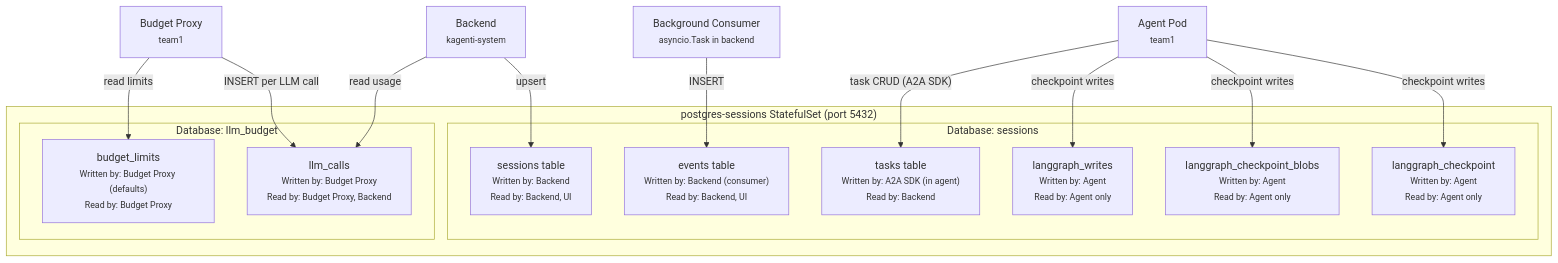
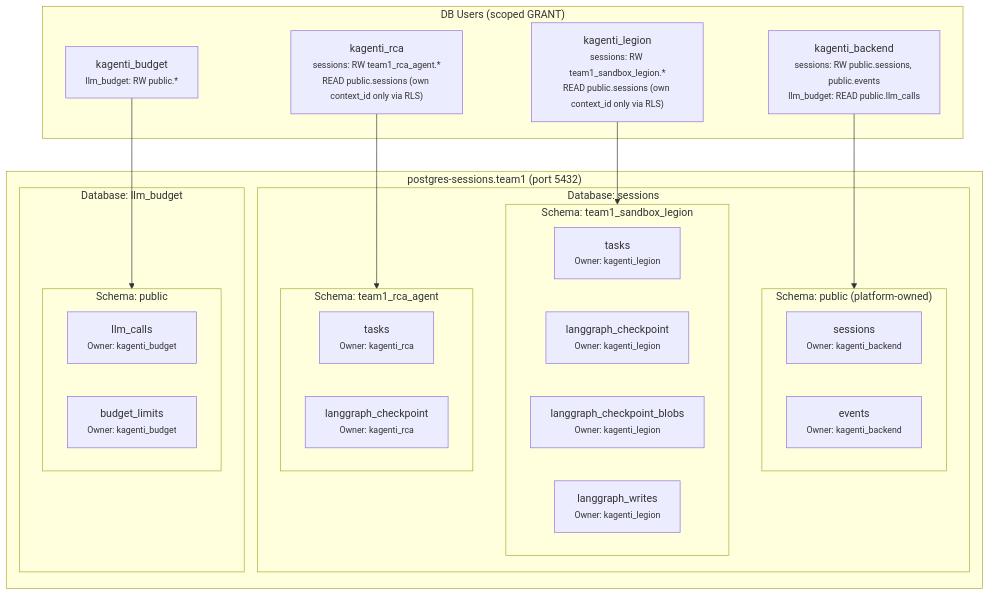
The fourth of 10 diagrams in docs/agentic-runtime/operator-alignment.md (kagenti/kagenti), drawn with Mermaid before and after one commit. The commit also changed other lines of this file, not shown here.

First line of the commit message:
docs: add DB schema isolation model with naming conventions

````diff
--- a/docs/agentic-runtime/operator-alignment.md
+++ b/docs/agentic-runtime/operator-alignment.md
@@ -121,31 +167,42 @@
 ```mermaid
 flowchart TB
-    subgraph pg["postgres-sessions StatefulSet (port 5432)"]
-        subgraph sessions_db["Database: sessions"]
-            T_sessions["sessions table<br/><small>Written by: Backend<br/>Read by: Backend, UI</small>"]
-            T_events["events table<br/><small>Written by: Backend (consumer)<br/>Read by: Backend, UI</small>"]
-            T_tasks["tasks table<br/><small>Written by: A2A SDK (in agent)<br/>Read by: Backend</small>"]
-            T_ckpt["langgraph_checkpoint<br/><small>Written by: Agent<br/>Read by: Agent only</small>"]
-            T_blobs["langgraph_checkpoint_blobs<br/><small>Written by: Agent<br/>Read by: Agent only</small>"]
-            T_writes["langgraph_writes<br/><small>Written by: Agent<br/>Read by: Agent only</small>"]
+    subgraph pg2["postgres-sessions.team1 (port 5432)"]
+        subgraph sessions_db2["Database: sessions"]
+            subgraph schema_shared["Schema: public (platform-owned)"]
+                S_sessions["sessions<br/><small>Owner: kagenti_backend</small>"]
+                S_events["events<br/><small>Owner: kagenti_backend</small>"]
+            end
+
+            subgraph schema_legion["Schema: team1_sandbox_legion"]
+                L_tasks["tasks<br/><small>Owner: kagenti_legion</small>"]
+                L_ckpt["langgraph_checkpoint<br/><small>Owner: kagenti_legion</small>"]
+                L_blobs["langgraph_checkpoint_blobs<br/><small>Owner: kagenti_legion</small>"]
+                L_writes["langgraph_writes<br/><small>Owner: kagenti_legion</small>"]
+            end
+
+            subgraph schema_rca["Schema: team1_rca_agent"]
+                R_tasks["tasks<br/><small>Owner: kagenti_rca</small>"]
+                R_ckpt["langgraph_checkpoint<br/><small>Owner: kagenti_rca</small>"]
+            end
         end
 
-        subgraph budget_db["Database: llm_budget"]
-            T_calls["llm_calls<br/><small>Written by: Budget Proxy<br/>Read by: Budget Proxy, Backend</small>"]
-            T_limits["budget_limits<br/><small>Written by: Budget Proxy (defaults)<br/>Read by: Budget Proxy</small>"]
+        subgraph budget_db2["Database: llm_budget"]
+            subgraph schema_budget["Schema: public"]
+                B_calls["llm_calls<br/><small>Owner: kagenti_budget</small>"]
+                B_limits["budget_limits<br/><small>Owner: kagenti_budget</small>"]
+            end
         end
     end
 
-    Backend["Backend<br/><small>kagenti-system</small>"]
-    Consumer["Background Consumer<br/><small>asyncio.Task in backend</small>"]
-    AgentPod["Agent Pod<br/><small>team1</small>"]
-    BudgetProxy["Budget Proxy<br/><small>team1</small>"]
+    subgraph users["DB Users (scoped GRANT)"]
+        U_backend["kagenti_backend<br/><small>sessions: RW public.sessions, public.events<br/>llm_budget: READ public.llm_calls</small>"]
+        U_legion["kagenti_legion<br/><small>sessions: RW team1_sandbox_legion.*<br/>READ public.sessions (own context_id only via RLS)</small>"]
+        U_rca["kagenti_rca<br/><small>sessions: RW team1_rca_agent.*<br/>READ public.sessions (own context_id only via RLS)</small>"]
+        U_budget["kagenti_budget<br/><small>llm_budget: RW public.*</small>"]
+    end
 
-    Backend -->|"upsert"| T_sessions
-    Consumer -->|"INSERT"| T_events
-    AgentPod -->|"checkpoint writes"| T_ckpt & T_blobs & T_writes
-    AgentPod -->|"task CRUD (A2A SDK)"| T_tasks
-    BudgetProxy -->|"INSERT per LLM call"| T_calls
-    BudgetProxy -->|"read limits"| T_limits
-    Backend -->|"read usage"| T_calls
+    U_backend --> schema_shared
+    U_legion --> schema_legion
+    U_rca --> schema_rca
+    U_budget --> schema_budget
 ```
````
